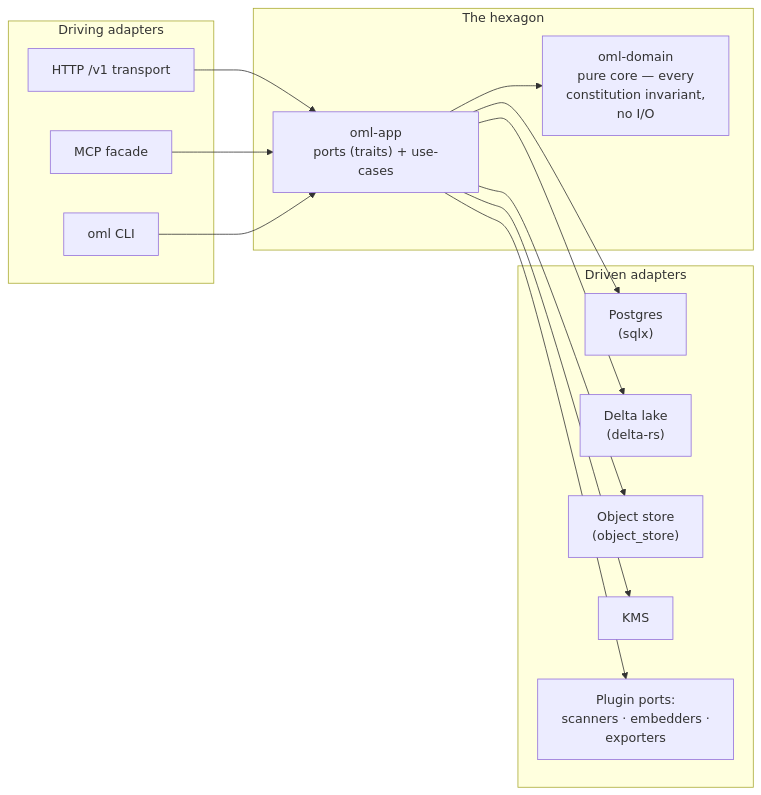
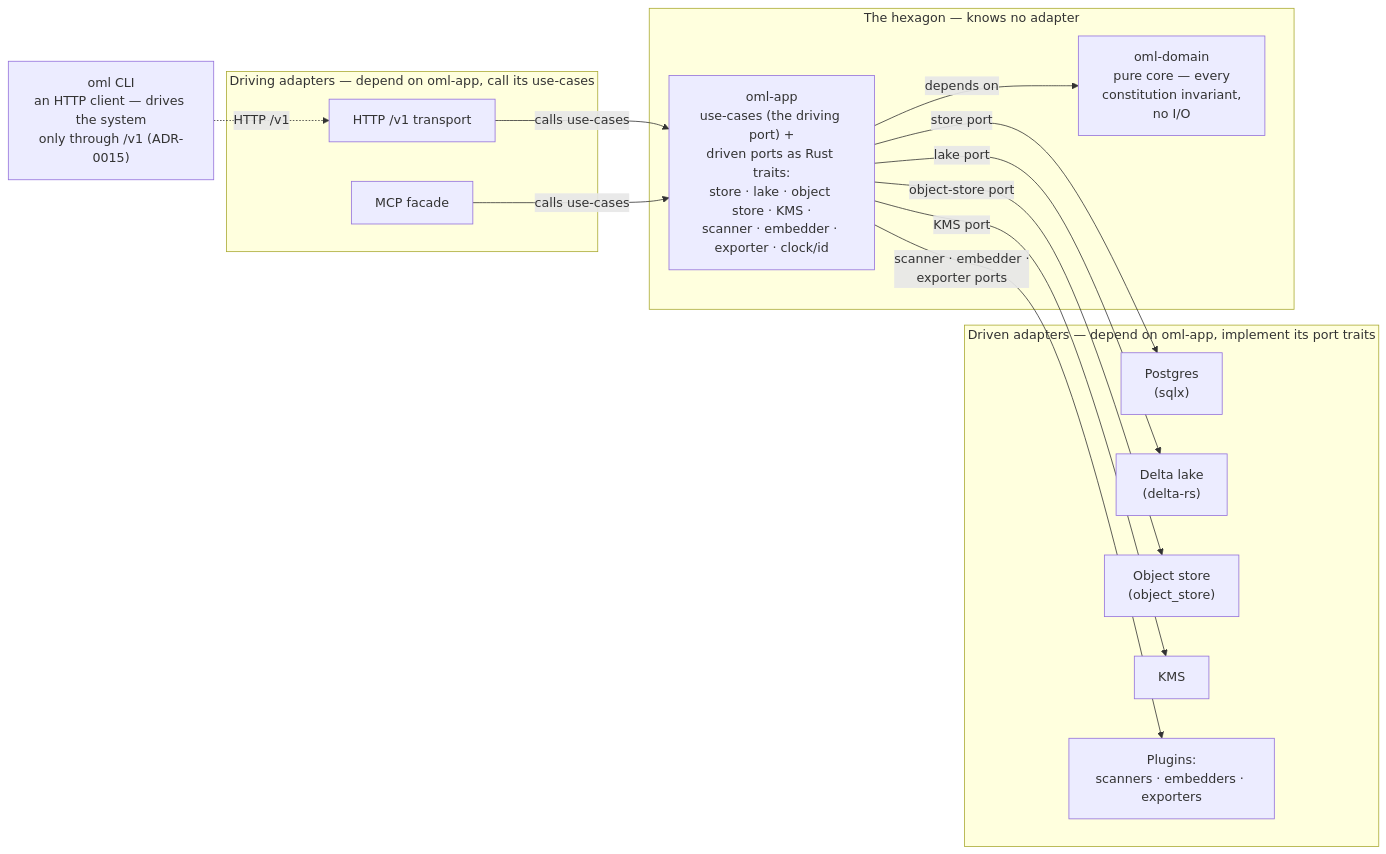
One commit to e8kor/open-memory-lab changed the third of 8 diagrams in docs/architecture/overview.md. Above: the diagram before and after it, drawn with Mermaid. The commit also changed other lines of this file and 2 other files, not shown here.

Commit message:
Correct the hexagonal-architecture presentation
Verified against the canonical ports-and-adapters definition: the module
diagram now names ports on the hexagon, separates driving (call use-cases)
from driven (implement port traits) adapters with a dependency caption, and
moves plugins out of the port label. The oml CLI is consistently a /v1 HTTP
client, never an in-process adapter (ADR-0019 d3, ADR-0006 d6, overview);
ADR-0019 d2 names the primary/inbound port; the crate table gains
oml-export-* and a separate CLI row.

Claude-Session: https://claude.ai/code/session_01Mss2WyvWqSVNa9qSDQvjpz

````diff
--- a/docs/architecture/overview.md
+++ b/docs/architecture/overview.md
@@ -102,28 +106,28 @@
 ```mermaid
 flowchart LR
-    subgraph driving ["Driving adapters"]
+    C["oml CLI<br/>an HTTP client — drives the system<br/>only through /v1 (ADR-0015)"]
+    subgraph driving ["Driving adapters — depend on oml-app, call its use-cases"]
         H["HTTP /v1 transport"]
         M["MCP facade"]
-        C["oml CLI"]
     end
-    subgraph hex ["The hexagon"]
-        APP["oml-app<br/>ports (traits) + use-cases"]
+    subgraph hex ["The hexagon — knows no adapter"]
+        APP["oml-app<br/>use-cases (the driving port) +<br/>driven ports as Rust traits:<br/>store · lake · object store · KMS ·<br/>scanner · embedder · exporter · clock/id"]
         DOM["oml-domain<br/>pure core — every<br/>constitution invariant,<br/>no I/O"]
-        APP --> DOM
+        APP -- "depends on" --> DOM
     end
-    subgraph driven ["Driven adapters"]
+    subgraph driven ["Driven adapters — depend on oml-app, implement its port traits"]
         PGA["Postgres<br/>(sqlx)"]
         LKA["Delta lake<br/>(delta-rs)"]
         OSA["Object store<br/>(object_store)"]
         KMA["KMS"]
-        PL["Plugin ports:<br/>scanners · embedders ·<br/>exporters"]
+        PL["Plugins:<br/>scanners · embedders · exporters"]
     end
-    H --> APP
-    M --> APP
-    C --> APP
-    APP --> PGA
-    APP --> LKA
-    APP --> OSA
-    APP --> KMA
-    APP --> PL
+    C -. "HTTP /v1" .-> H
+    H -- "calls use-cases" --> APP
+    M -- "calls use-cases" --> APP
+    APP -- "store port" --> PGA
+    APP -- "lake port" --> LKA
+    APP -- "object-store port" --> OSA
+    APP -- "KMS port" --> KMA
+    APP -- "scanner · embedder ·<br/>exporter ports" --> PL
 ```
````
